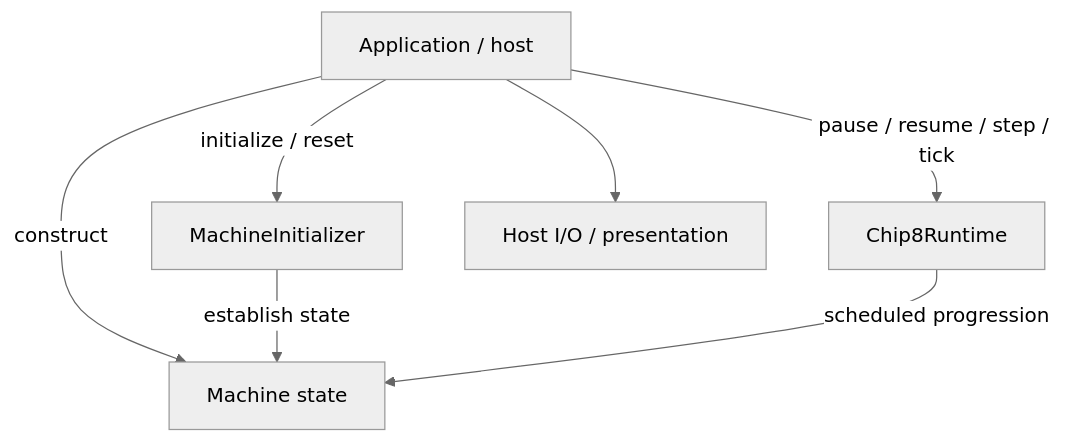
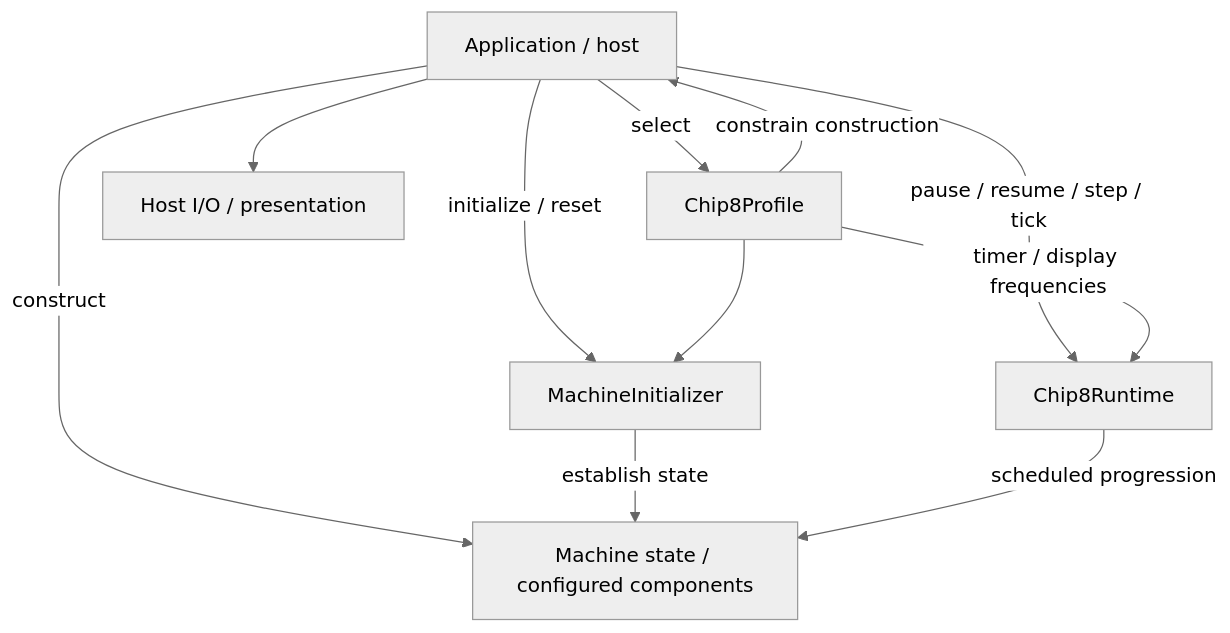
One commit to fa-ribeiro/Chip8NX changed the third of 3 diagrams in docs/architecture/machine-lifecycle.md. Above: the diagram before and after it, drawn with Mermaid (neutral theme). The commit also changed other lines of this file and 11 other files, not shown here.

````diff
--- a/docs/architecture/machine-lifecycle.md
+++ b/docs/architecture/machine-lifecycle.md
@@ -350,17 +489,24 @@
 ```mermaid
 flowchart TD
     Host["Application / host"]
+    Profile["Chip8Profile"]
     Init["MachineInitializer"]
     Runtime["Chip8Runtime"]
-    State["Machine state"]
+    State["Machine state / configured components"]
     IO["Host I/O / presentation"]
 
+    Host -->|"select"| Profile
+    Profile -->|"constrain construction"| Host
+
     Host -->|"construct"| State
+
     Host -->|"initialize / reset"| Init
+    Profile --> Init
     Init -->|"establish state"| State
 
     Host -->|"pause / resume / step / tick"| Runtime
+    Profile -->|"timer / display frequencies"| Runtime
     Runtime -->|"scheduled progression"| State
 
     Host --> IO
 ```
````
